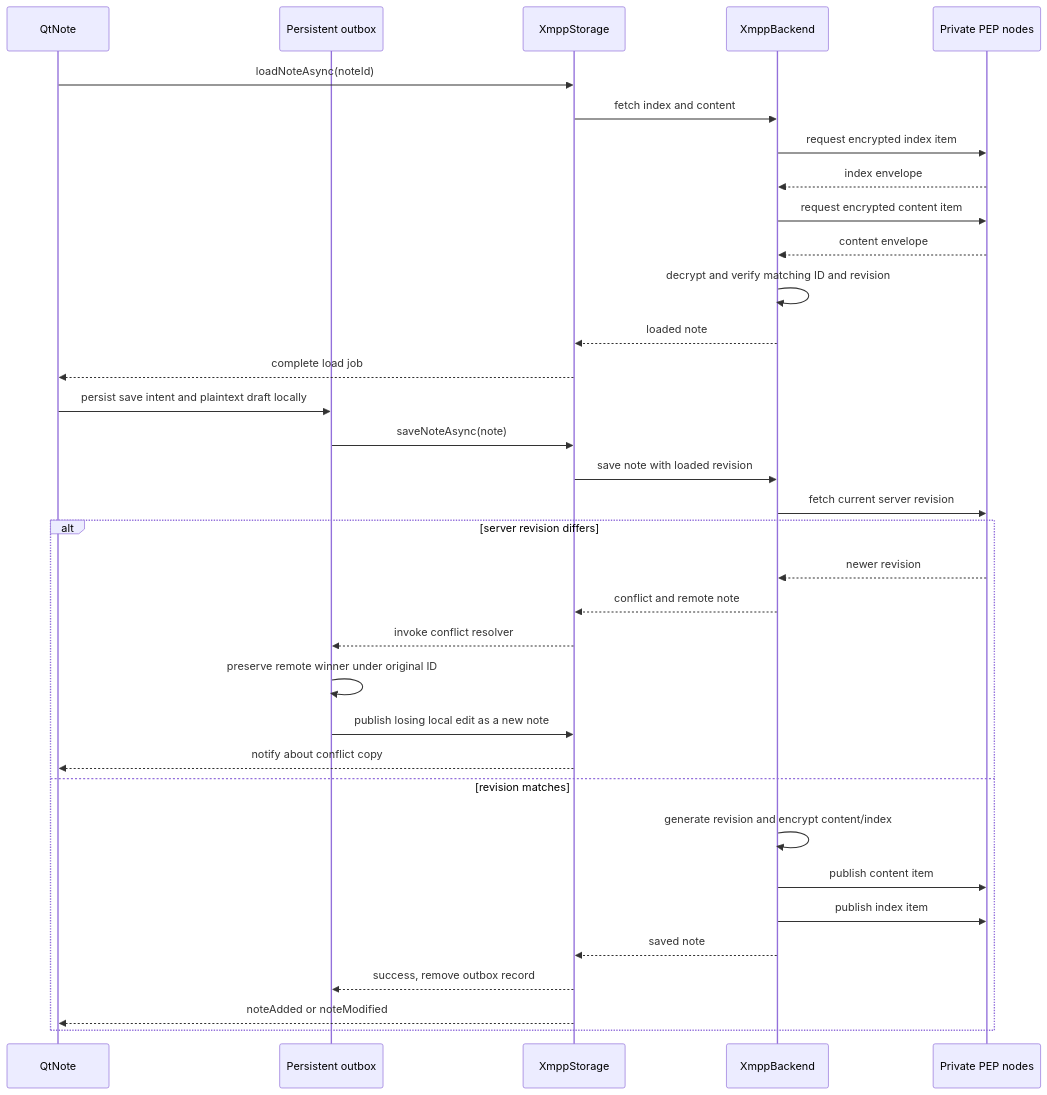
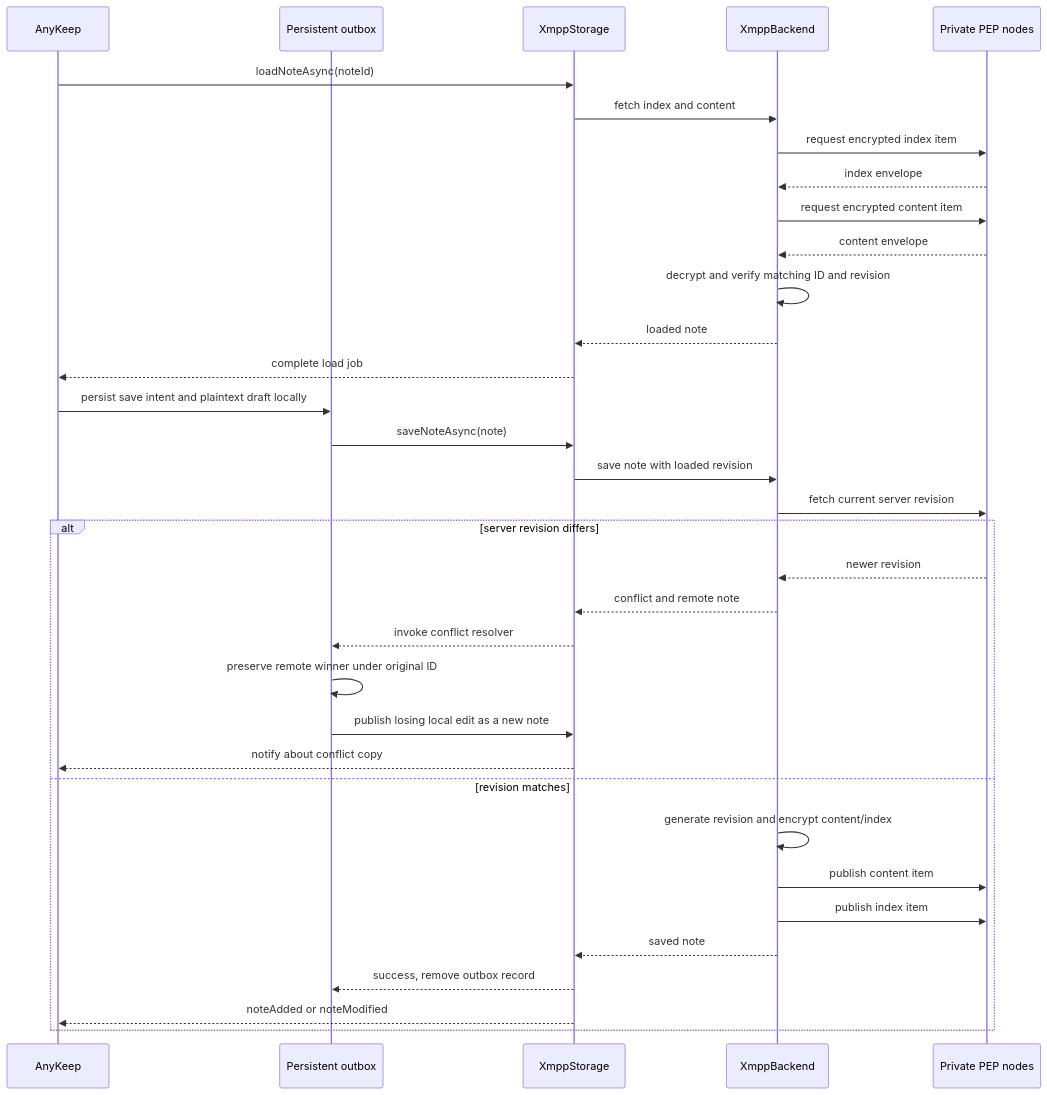
The third of 6 diagrams in plugins/xmpppubsub/README.md (Ri0n/AnyKeep), drawn with Mermaid before and after one commit. The commit also changed other lines of this file and 851 other files, not shown here.

Commit message:
Rebranding to AnyKeep

````diff
--- a/plugins/xmpppubsub/README.md
+++ b/plugins/xmpppubsub/README.md
@@ -215,38 +215,38 @@
 ```mermaid
 sequenceDiagram
-    participant UI as QtNote
+    participant UI as AnyKeep
     participant O as Persistent outbox
     participant S as XmppStorage
     participant B as XmppBackend
     participant P as Private PEP nodes
 
     UI->>S: loadNoteAsync(noteId)
     S->>B: fetch index and content
     B->>P: request encrypted index item
     P-->>B: index envelope
     B->>P: request encrypted content item
     P-->>B: content envelope
     B->>B: decrypt and verify matching ID and revision
     B-->>S: loaded note
     S-->>UI: complete load job
 
     UI->>O: persist save intent and plaintext draft locally
     O->>S: saveNoteAsync(note)
     S->>B: save note with loaded revision
     B->>P: fetch current server revision
     alt server revision differs
         P-->>B: newer revision
         B-->>S: conflict and remote note
         S-->>O: invoke conflict resolver
         O->>O: preserve remote winner under original ID
         O->>S: publish losing local edit as a new note
         S-->>UI: notify about conflict copy
     else revision matches
         B->>B: generate revision and encrypt content/index
         B->>P: publish content item
         B->>P: publish index item
         B-->>S: saved note
         S-->>O: success, remove outbox record
         S-->>UI: noteAdded or noteModified
     end
 ```
````
